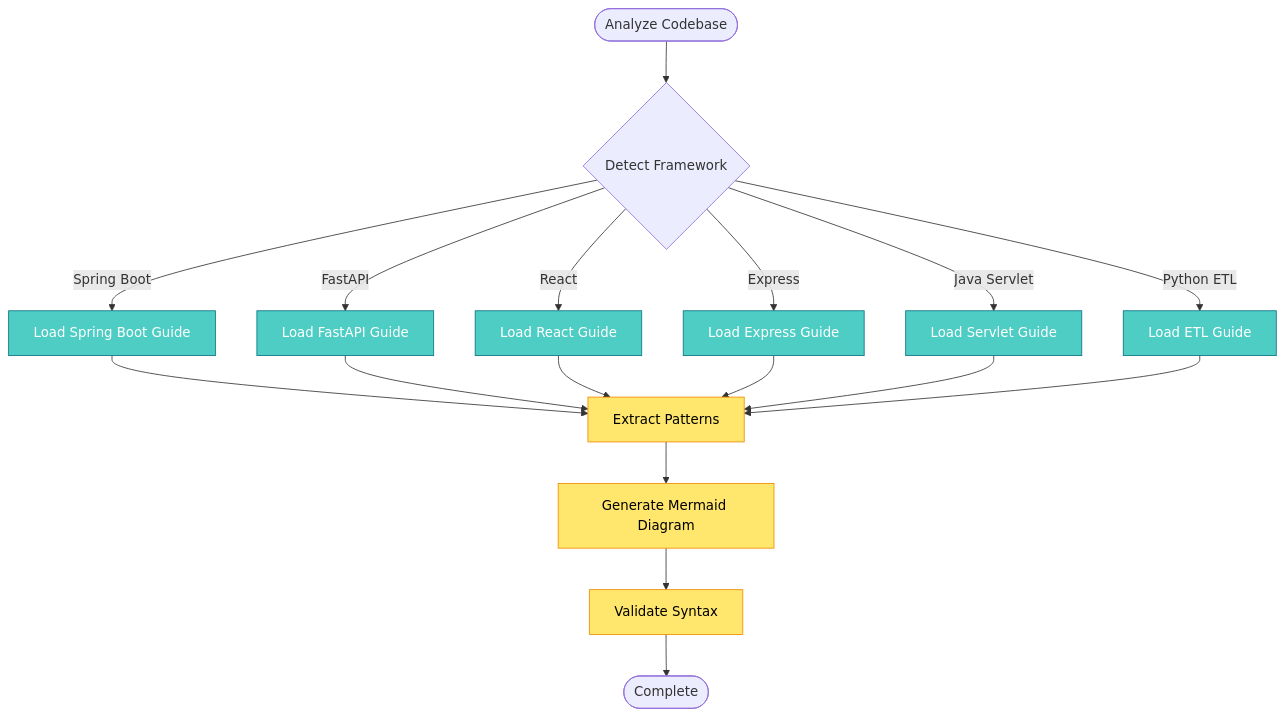
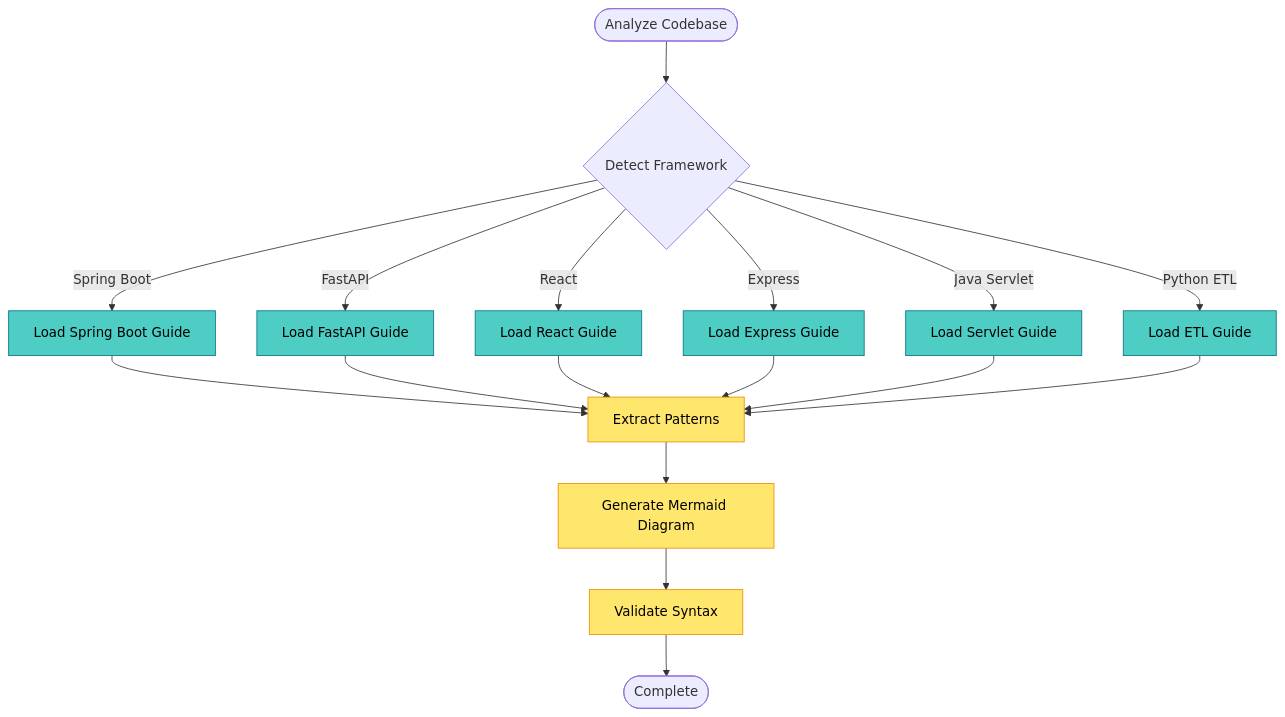
One commit to wienans/example-repo changed the first of 15 diagrams in .agents/skills/mermaid-architect/references/guides/code-to-diagram/README.md. Above: the diagram before and after it, drawn with Mermaid. The commit also changed other lines of this file and 58 other files, not shown here.

First line of the commit message:
feat(skills): merge mastery-of-mermaid into mermaid-architect

````diff
--- a/.agents/skills/mermaid-architect/references/guides/code-to-diagram/README.md
+++ b/.agents/skills/mermaid-architect/references/guides/code-to-diagram/README.md
@@ -112,28 +112,28 @@
 ```mermaid
 graph TB
     Start([Analyze Codebase]) --> Detect{Detect Framework}
 
     Detect -->|Spring Boot| SpringGuide[Load Spring Boot Guide]
     Detect -->|FastAPI| FastAPIGuide[Load FastAPI Guide]
     Detect -->|React| ReactGuide[Load React Guide]
     Detect -->|Express| ExpressGuide[Load Express Guide]
     Detect -->|Java Servlet| ServletGuide[Load Servlet Guide]
     Detect -->|Python ETL| ETLGuide[Load ETL Guide]
 
     SpringGuide --> Extract[Extract Patterns]
     FastAPIGuide --> Extract
     ReactGuide --> Extract
     ExpressGuide --> Extract
     ServletGuide --> Extract
     ETLGuide --> Extract
 
     Extract --> Generate[Generate Mermaid Diagram]
     Generate --> Validate[Validate Syntax]
     Validate --> Done([Complete])
 
-    classDef guide fill:#4ECDC4,stroke:#0B7285,color:#fff
+    classDef guide fill:#4ECDC4,stroke:#0B7285,color:#000
     classDef process fill:#FFE66D,stroke:#F08C00,color:#000
 
     class SpringGuide,FastAPIGuide,ReactGuide,ExpressGuide,ServletGuide,ETLGuide guide
     class Extract,Generate,Validate process
 ```
````
